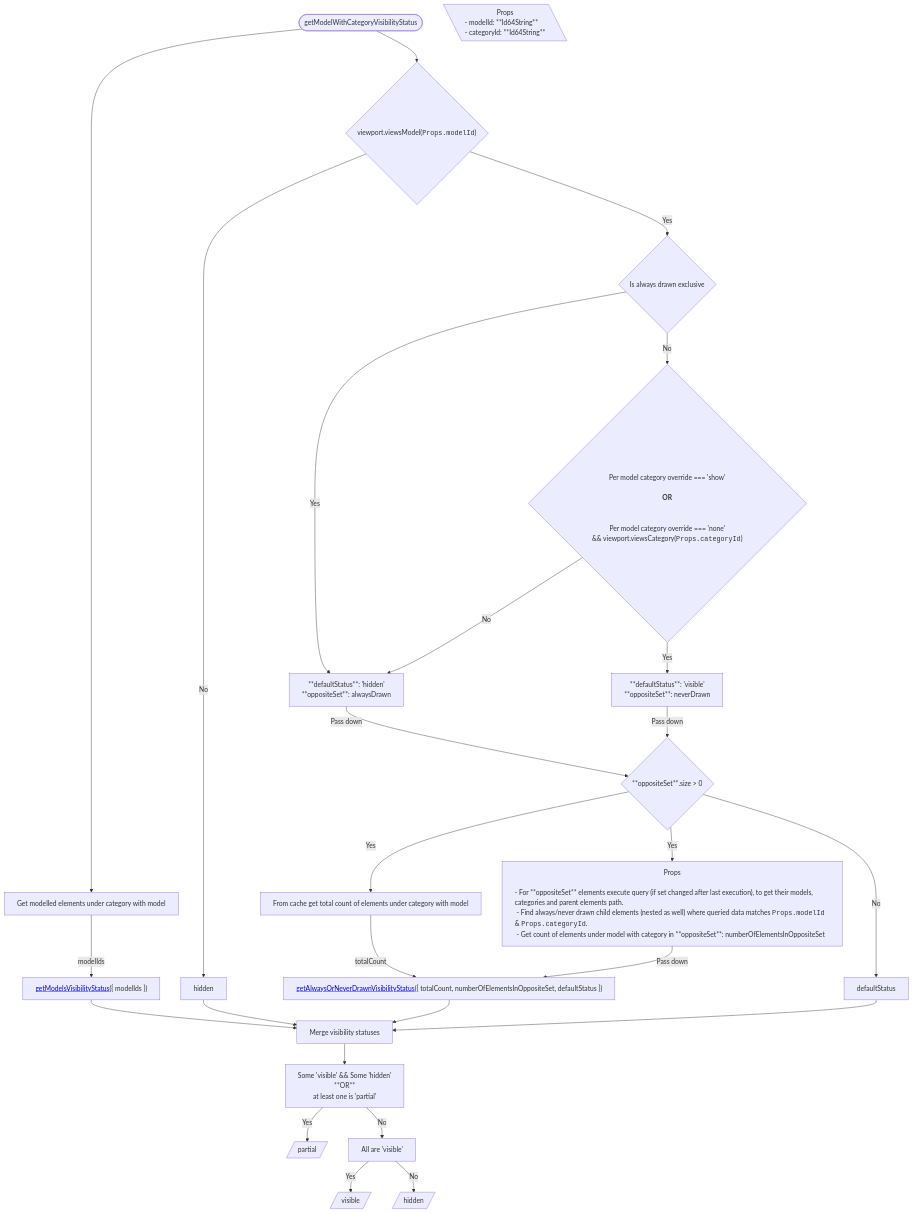
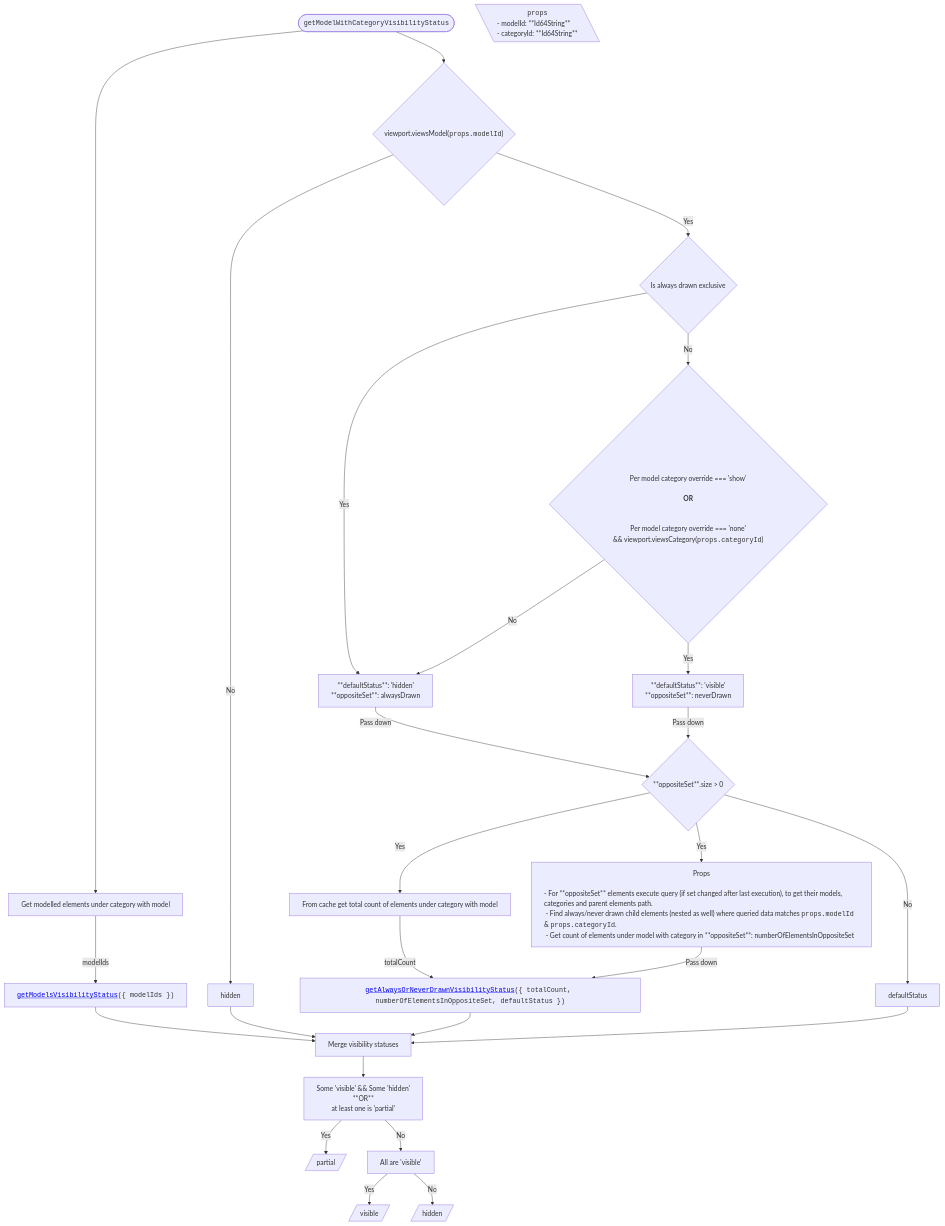
One commit to iTwin/viewer-components-react changed the fourth of 6 diagrams in packages/itwin/tree-widget/docs/SharedVisibilityHandling.md. Above: the diagram before and after it, drawn with Mermaid. The commit also changed other lines of this file and 4 other files, not shown here.

```diff
--- a/packages/itwin/tree-widget/docs/SharedVisibilityHandling.md
+++ b/packages/itwin/tree-widget/docs/SharedVisibilityHandling.md
@@ -197,16 +207,16 @@
   RESULT_Hidden[/hidden/]
 
   %% Start
-  TITLE([getModelWithCategoryVisibilityStatus]) --> A1[Get modelled elements under category with model]
-  TITLE([getModelWithCategoryVisibilityStatus]) --> A2{"viewport.viewsModel(<code>Props.modelId</code>)"}
+  TITLE(["<code>getModelWithCategoryVisibilityStatus</code>"]) --> A1[Get modelled elements under category with model]
+  TITLE(["<code>getModelWithCategoryVisibilityStatus</code>"]) --> A2{"viewport.viewsModel(<code>props.modelId</code>)"}
 
   PROPS[\"
-    Props
+    <code>props</code>
     <div style='text-align: left;'>- modelId: **Id64String** <br/> - categoryId: **Id64String**</div>
   "\]
 
   %% Branch A1
-    A1 -- modelIds --> B["<a href='#getmodelsvisibilitystatus'>getModelsVisibilityStatus</a>({ modelIds })"]
+    A1 -- modelIds --> B["<code><a href='#getmodelsvisibilitystatus'>getModelsVisibilityStatus</a>({ modelIds })</code>"]
 
   %% Branch A2
 
@@ -226,7 +236,7 @@
           Per model category override === 'show' <br/>
           <strong style='font-weight: bold;'>OR</strong>
           <br/>
-          Per model category override === 'none'<br/> && viewport.viewsCategory(<code>Props.categoryId</code>)
+          Per model category override === 'none'<br/> && viewport.viewsCategory(<code>props.categoryId</code>)
         </div>
       "}
 
@@ -247,10 +257,10 @@
       F -- Yes --> G2[From cache get total count of elements under category with model]
 
       F -- Yes --> G3["Props
-    <div style='text-align: left;'>- For **oppositeSet** elements execute query (if set changed after last execution), to get their models, categories and parent elements path. <br/> - Find always/never drawn child elements (nested as well) where queried data matches <code>Props.modelId</code> & <code>Props.categoryId</code>. <br/> - Get count of elements under model with category in **oppositeSet**: numberOfElementsInOppositeSet </div>
+    <div style='text-align: left;'>- For **oppositeSet** elements execute query (if set changed after last execution), to get their models, categories and parent elements path. <br/> - Find always/never drawn child elements (nested as well) where queried data matches <code>props.modelId</code> & <code>props.categoryId</code>. <br/> - Get count of elements under model with category in **oppositeSet**: numberOfElementsInOppositeSet </div>
     "]
 
-      G2 -- totalCount --> H["<a href='#getalwaysorneverdrawnvisibilitystatus'>getAlwaysOrNeverDrawnVisibilityStatus</a>({ totalCount, numberOfElementsInOppositeSet, defaultStatus })"]
+      G2 -- totalCount --> H["<code><a href='#getalwaysorneverdrawnvisibilitystatus'>getAlwaysOrNeverDrawnVisibilityStatus</a>({ totalCount, numberOfElementsInOppositeSet, defaultStatus })</code>"]
       G3 -- Pass down --> H
 
 
```
